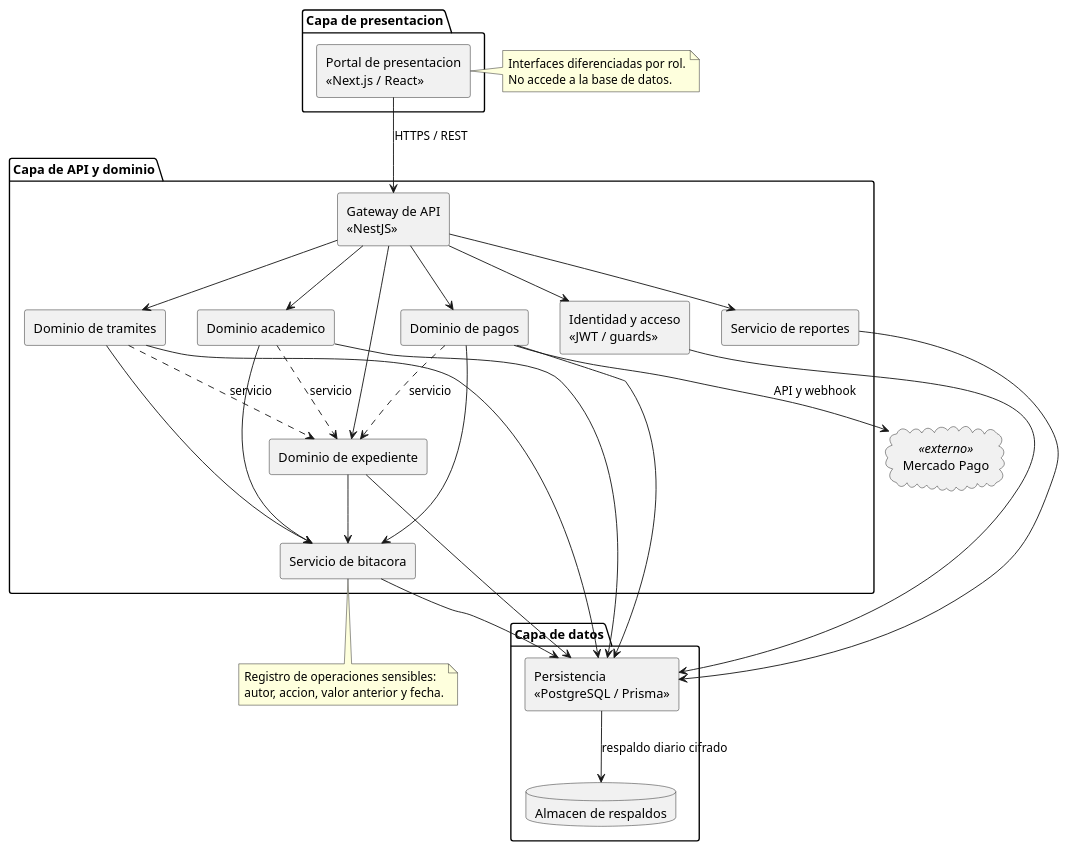
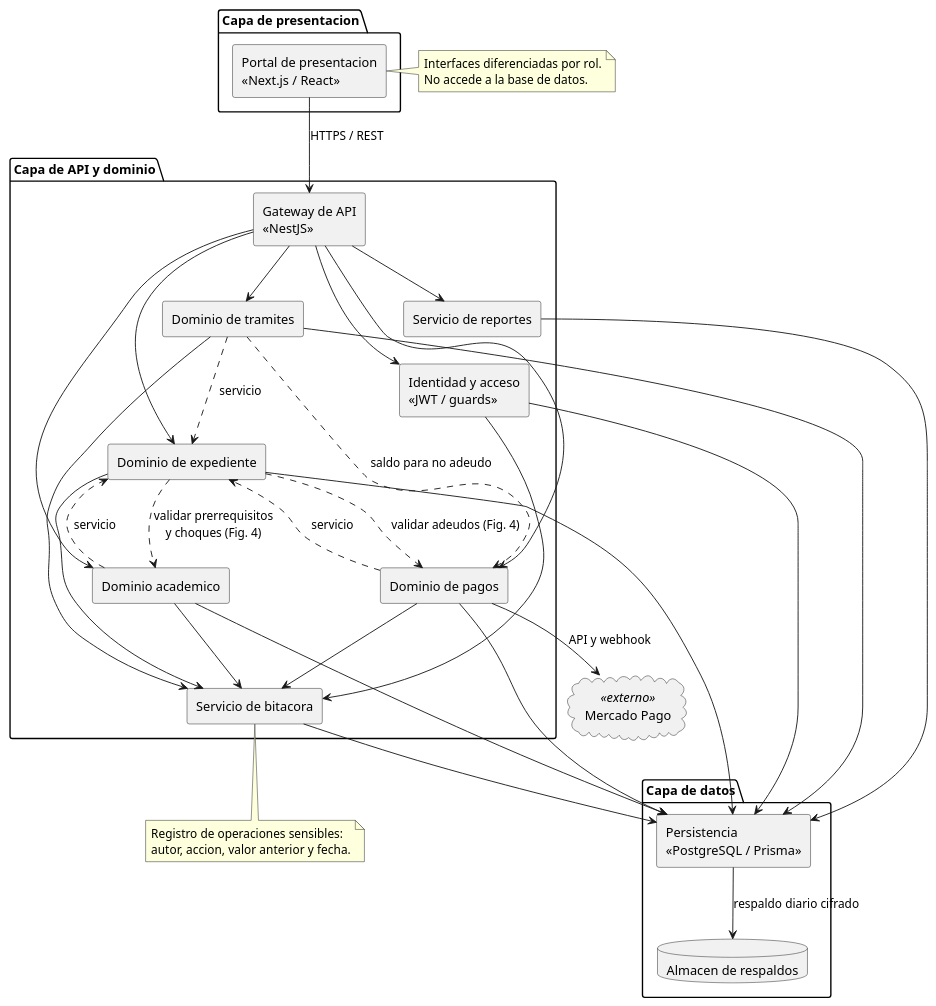
Before and after one commit to fjmp-dev/sce-control-escolar: the diagram in docs/arquitectura/fig02-componentes.puml, drawn with PlantUML. The commit also changed 18 other files, not shown here.

```diff
--- a/docs/arquitectura/fig02-componentes.puml
+++ b/docs/arquitectura/fig02-componentes.puml
@@ -1,69 +1,75 @@
 @startuml fig02-componentes
 ' Figura 2. Diagrama de componentes UML: arquitectura logica del SCE.
 ' Fuente: SCE-MC-001 v2.0, seccion 13.2 y Tabla 28.
 ' Regla de diseno: la presentacion nunca accede a la base de datos y los
 ' dominios se comunican a traves de servicios, no de tablas compartidas.
 skinparam shadowing false
 skinparam componentStyle rectangle
 
 package "Capa de presentacion" {
   [Portal de presentacion\n<<Next.js / React>>] as PORTAL
 }
 
 package "Capa de API y dominio" {
   [Gateway de API\n<<NestJS>>] as GW
   [Identidad y acceso\n<<JWT / guards>>] as IAM
   [Dominio de expediente] as DEXP
   [Dominio academico] as DACA
   [Dominio de pagos] as DPAG
   [Dominio de tramites] as DTRA
   [Servicio de bitacora] as SBIT
   [Servicio de reportes] as SREP
 }
 
 package "Capa de datos" {
   [Persistencia\n<<PostgreSQL / Prisma>>] as PERS
   database "Almacen de respaldos" as BKP
 }
 
 cloud "Mercado Pago" as MP <<externo>>
 
 PORTAL --> GW : HTTPS / REST
 GW --> IAM
 GW --> DEXP
 GW --> DACA
 GW --> DPAG
 GW --> DTRA
 GW --> SREP
 
 DEXP --> SBIT
 DACA --> SBIT
 DPAG --> SBIT
 DTRA --> SBIT
 
 DEXP --> PERS
 DACA --> PERS
 DPAG --> PERS
 DTRA --> PERS
 SBIT --> PERS
 SREP --> PERS
 IAM --> PERS
 
 DPAG --> MP : API y webhook
 PERS --> BKP : respaldo diario cifrado
 
 DACA ..> DEXP : servicio
 DPAG ..> DEXP : servicio
 DTRA ..> DEXP : servicio
 
+' CC-014: dependencias que ya exigen otras figuras y requisitos.
+DEXP ..> DACA : validar prerrequisitos\ny choques (Fig. 4)
+DEXP ..> DPAG : validar adeudos (Fig. 4)
+DTRA ..> DPAG : saldo para no adeudo
+IAM --> SBIT
+
 note right of PORTAL
   Interfaces diferenciadas por rol.
   No accede a la base de datos.
 end note
 
 note bottom of SBIT
   Registro de operaciones sensibles:
   autor, accion, valor anterior y fecha.
 end note
 
 @enduml
```
